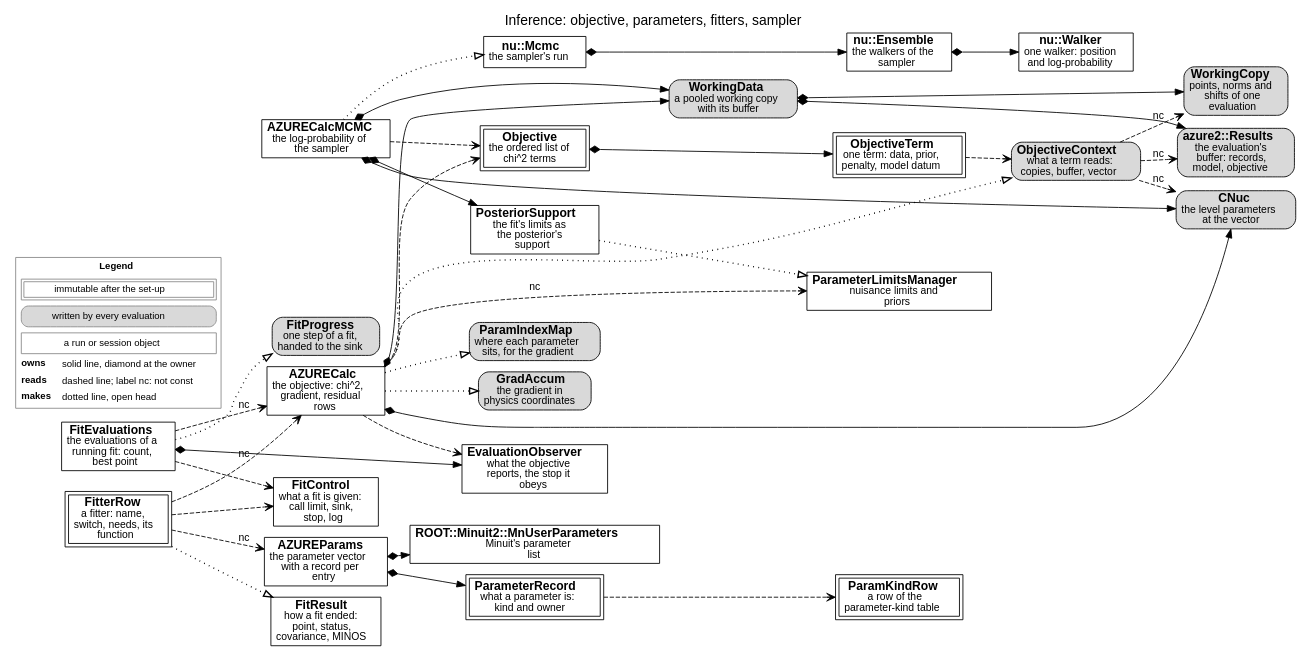
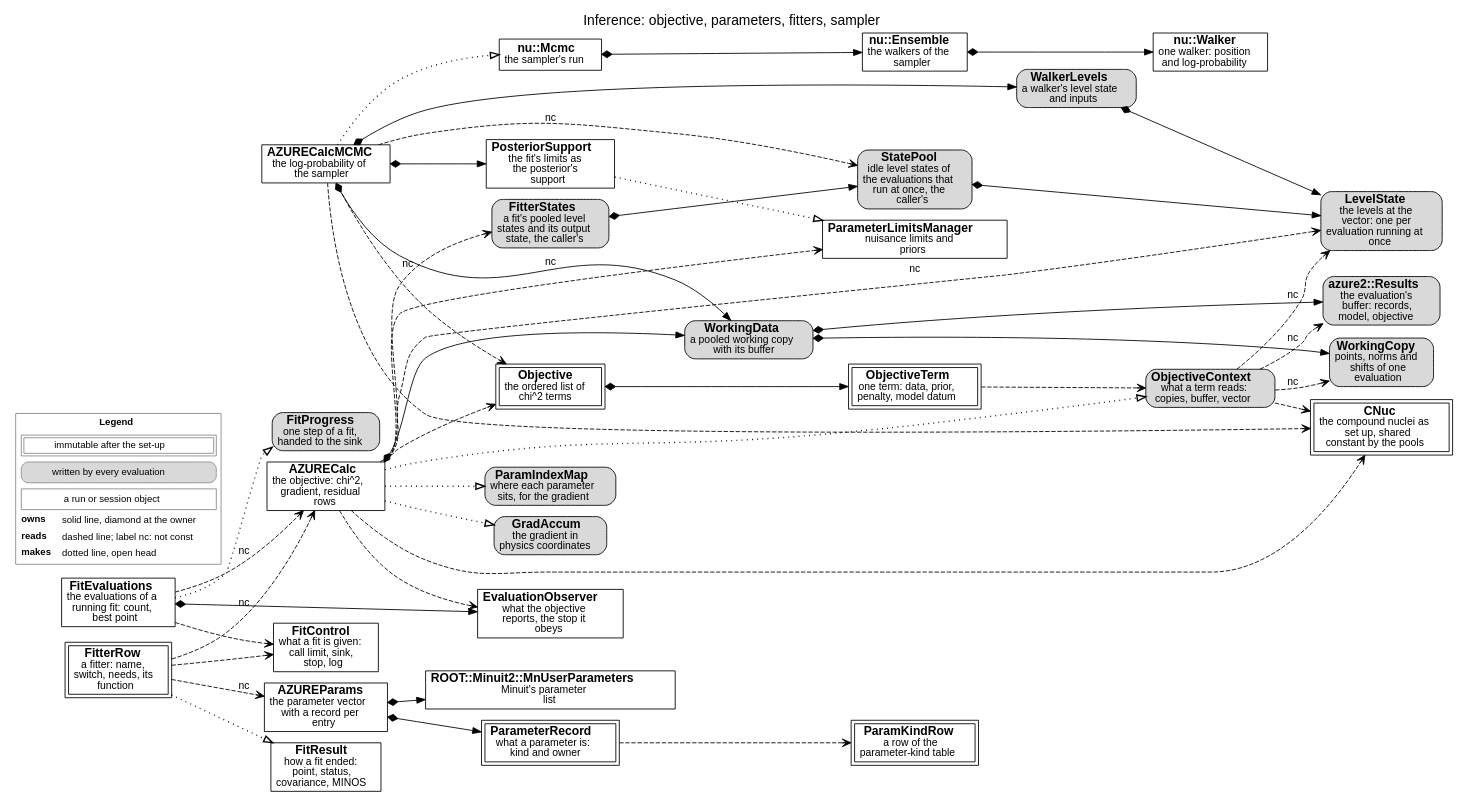
One commit to AZURE2DEV/AZURE2 changed the diagram in docs/source/developer/figures/inference.dot. Above: the diagram before and after it, drawn with Graphviz. The commit also changed 16 other files, not shown here.

First line of the commit message:
Documents: the owners hold their own levels (design note, Developer Guide, class scheme, roadmap, handoff)

```diff
--- a/docs/source/developer/figures/inference.dot
+++ b/docs/source/developer/figures/inference.dot
@@ -1,66 +1,78 @@
 digraph inference {
   graph [rankdir=LR, fontname="Helvetica", fontsize=16, labelloc=t, label="Inference: objective, parameters, fitters, sampler", nodesep=0.18, ranksep=0.3, newrank=true];
   node [fontname="Helvetica", fontsize=14, margin="0.08,0.04"];
   edge [fontname="Helvetica", fontsize=12];
   n_AZURECalc [label=<<b>AZURECalc</b><br/><font point-size="12">the objective: chi^2,<br/>gradient, residual<br/>rows</font>>, shape=box, style="filled", fillcolor="white"];
   n_WorkingData [label=<<b>WorkingData</b><br/><font point-size="12">a pooled working copy<br/>with its buffer</font>>, shape=box, style="rounded,filled", fillcolor="#d9d9d9"];
-  n_CNuc [label=<<b>CNuc</b><br/><font point-size="12">the level parameters<br/>at the vector</font>>, shape=box, style="rounded,filled", fillcolor="#d9d9d9"];
+  n_CNuc [label=<<b>CNuc</b><br/><font point-size="12">the compound nuclei as<br/>set up, shared<br/>constant by the pools</font>>, shape=box, peripheries=2, style="filled", fillcolor="white"];
+  n_LevelState [label=<<b>LevelState</b><br/><font point-size="12">the levels at the<br/>vector: one per<br/>evaluation running at<br/>once</font>>, shape=box, style="rounded,filled", fillcolor="#d9d9d9"];
+  n_StatePool [label=<<b>StatePool</b><br/><font point-size="12">idle level states of<br/>the evaluations that<br/>run at once, the<br/>caller&#x27;s</font>>, shape=box, style="rounded,filled", fillcolor="#d9d9d9"];
+  n_FitterStates [label=<<b>FitterStates</b><br/><font point-size="12">a fit&#x27;s pooled level<br/>states and its output<br/>state, the caller&#x27;s</font>>, shape=box, style="rounded,filled", fillcolor="#d9d9d9"];
+  n_WalkerLevels [label=<<b>WalkerLevels</b><br/><font point-size="12">a walker&#x27;s level state<br/>and inputs</font>>, shape=box, style="rounded,filled", fillcolor="#d9d9d9"];
   n_WorkingCopy [label=<<b>WorkingCopy</b><br/><font point-size="12">points, norms and<br/>shifts of one<br/>evaluation</font>>, shape=box, style="rounded,filled", fillcolor="#d9d9d9"];
   n_azure2__Results [label=<<b>azure2::Results</b><br/><font point-size="12">the evaluation&#x27;s<br/>buffer: records,<br/>model, objective</font>>, shape=box, style="rounded,filled", fillcolor="#d9d9d9"];
   n_ObjectiveContext [label=<<b>ObjectiveContext</b><br/><font point-size="12">what a term reads:<br/>copies, buffer, vector</font>>, shape=box, style="rounded,filled", fillcolor="#d9d9d9"];
   n_Objective [label=<<b>Objective</b><br/><font point-size="12">the ordered list of<br/>chi^2 terms</font>>, shape=box, peripheries=2, style="filled", fillcolor="white"];
   n_ObjectiveTerm [label=<<b>ObjectiveTerm</b><br/><font point-size="12">one term: data, prior,<br/>penalty, model datum</font>>, shape=box, peripheries=2, style="filled", fillcolor="white"];
   n_AZUREParams [label=<<b>AZUREParams</b><br/><font point-size="12">the parameter vector<br/>with a record per<br/>entry</font>>, shape=box, style="filled", fillcolor="white"];
   n_ROOT__Minuit2__MnUserParameters [label=<<b>ROOT::Minuit2::MnUserParameters</b><br/><font point-size="12">Minuit&#x27;s parameter<br/>list</font>>, shape=box, style="filled", fillcolor="white"];
   n_ParameterRecord [label=<<b>ParameterRecord</b><br/><font point-size="12">what a parameter is:<br/>kind and owner</font>>, shape=box, peripheries=2, style="filled", fillcolor="white"];
   n_ParamKindRow [label=<<b>ParamKindRow</b><br/><font point-size="12">a row of the<br/>parameter-kind table</font>>, shape=box, peripheries=2, style="filled", fillcolor="white"];
   n_ParamIndexMap [label=<<b>ParamIndexMap</b><br/><font point-size="12">where each parameter<br/>sits, for the gradient</font>>, shape=box, style="rounded,filled", fillcolor="#d9d9d9"];
   n_GradAccum [label=<<b>GradAccum</b><br/><font point-size="12">the gradient in<br/>physics coordinates</font>>, shape=box, style="rounded,filled", fillcolor="#d9d9d9"];
   n_ParameterLimitsManager [label=<<b>ParameterLimitsManager</b><br/><font point-size="12">nuisance limits and<br/>priors</font>>, shape=box, style="filled", fillcolor="white"];
   n_FitterRow [label=<<b>FitterRow</b><br/><font point-size="12">a fitter: name,<br/>switch, needs, its<br/>function</font>>, shape=box, peripheries=2, style="filled", fillcolor="white"];
   n_FitControl [label=<<b>FitControl</b><br/><font point-size="12">what a fit is given:<br/>call limit, sink,<br/>stop, log</font>>, shape=box, style="filled", fillcolor="white"];
   n_FitResult [label=<<b>FitResult</b><br/><font point-size="12">how a fit ended:<br/>point, status,<br/>covariance, MINOS</font>>, shape=box, style="filled", fillcolor="white"];
   n_FitProgress [label=<<b>FitProgress</b><br/><font point-size="12">one step of a fit,<br/>handed to the sink</font>>, shape=box, style="rounded,filled", fillcolor="#d9d9d9"];
   n_EvaluationObserver [label=<<b>EvaluationObserver</b><br/><font point-size="12">what the objective<br/>reports, the stop it<br/>obeys</font>>, shape=box, style="filled", fillcolor="white"];
   n_FitEvaluations [label=<<b>FitEvaluations</b><br/><font point-size="12">the evaluations of a<br/>running fit: count,<br/>best point</font>>, shape=box, style="filled", fillcolor="white"];
   n_AZURECalcMCMC [label=<<b>AZURECalcMCMC</b><br/><font point-size="12">the log-probability of<br/>the sampler</font>>, shape=box, style="filled", fillcolor="white"];
   n_PosteriorSupport [label=<<b>PosteriorSupport</b><br/><font point-size="12">the fit&#x27;s limits as<br/>the posterior&#x27;s<br/>support</font>>, shape=box, style="filled", fillcolor="white"];
   n_nu__Mcmc [label=<<b>nu::Mcmc</b><br/><font point-size="12">the sampler&#x27;s run</font>>, shape=box, style="filled", fillcolor="white"];
   n_nu__Ensemble [label=<<b>nu::Ensemble</b><br/><font point-size="12">the walkers of the<br/>sampler</font>>, shape=box, style="filled", fillcolor="white"];
   n_nu__Walker [label=<<b>nu::Walker</b><br/><font point-size="12">one walker: position<br/>and log-probability</font>>, shape=box, style="filled", fillcolor="white"];
   n_AZURECalc -> n_WorkingData [style=solid, dir=both, arrowtail=diamond, arrowhead=normal];
-  n_AZURECalc -> n_CNuc [style=solid, dir=both, arrowtail=diamond, arrowhead=normal];
+  n_AZURECalc -> n_CNuc [style=dashed, arrowhead=vee];
+  n_AZURECalc -> n_FitterStates [style=dashed, arrowhead=vee, label=" nc"];
+  n_AZURECalc -> n_LevelState [style=dashed, arrowhead=vee, label=" nc"];
+  n_FitterStates -> n_StatePool [style=solid, dir=both, arrowtail=diamond, arrowhead=normal];
+  n_StatePool -> n_LevelState [style=solid, dir=both, arrowtail=diamond, arrowhead=normal];
   n_WorkingData -> n_WorkingCopy [style=solid, dir=both, arrowtail=diamond, arrowhead=normal];
   n_WorkingData -> n_azure2__Results [style=solid, dir=both, arrowtail=diamond, arrowhead=normal];
   n_AZURECalc -> n_ObjectiveContext [style=dotted, penwidth=1.6, arrowhead=empty];
-  n_ObjectiveContext -> n_CNuc [style=dashed, arrowhead=vee, label=" nc"];
+  n_ObjectiveContext -> n_CNuc [style=dashed, arrowhead=vee];
+  n_ObjectiveContext -> n_LevelState [style=dashed, arrowhead=vee, label=" nc"];
   n_ObjectiveContext -> n_WorkingCopy [style=dashed, arrowhead=vee, label=" nc"];
   n_ObjectiveContext -> n_azure2__Results [style=dashed, arrowhead=vee, label=" nc"];
   n_Objective -> n_ObjectiveTerm [style=solid, dir=both, arrowtail=diamond, arrowhead=normal];
   n_ObjectiveTerm -> n_ObjectiveContext [style=dashed, arrowhead=vee];
   n_AZURECalc -> n_ParameterLimitsManager [style=dashed, arrowhead=vee, label=" nc"];
   n_AZUREParams -> n_ROOT__Minuit2__MnUserParameters [style=solid, dir=both, arrowtail=diamond, arrowhead=normal];
   n_AZUREParams -> n_ParameterRecord [style=solid, dir=both, arrowtail=diamond, arrowhead=normal];
   n_ParameterRecord -> n_ParamKindRow [style=dashed, arrowhead=vee];
   n_AZURECalc -> n_ParamIndexMap [style=dotted, penwidth=1.6, arrowhead=empty];
   n_AZURECalc -> n_GradAccum [style=dotted, penwidth=1.6, arrowhead=empty];
   n_AZURECalcMCMC -> n_WorkingData [style=solid, dir=both, arrowtail=diamond, arrowhead=normal];
-  n_AZURECalcMCMC -> n_CNuc [style=solid, dir=both, arrowtail=diamond, arrowhead=normal];
+  n_AZURECalcMCMC -> n_CNuc [style=dashed, arrowhead=vee];
+  n_AZURECalcMCMC -> n_WalkerLevels [style=solid, dir=both, arrowtail=diamond, arrowhead=normal];
+  n_AZURECalcMCMC -> n_StatePool [style=dashed, arrowhead=vee, label=" nc"];
+  n_WalkerLevels -> n_LevelState [style=solid, dir=both, arrowtail=diamond, arrowhead=normal];
   n_AZURECalcMCMC -> n_PosteriorSupport [style=solid, dir=both, arrowtail=diamond, arrowhead=normal];
   n_PosteriorSupport -> n_ParameterLimitsManager [style=dotted, penwidth=1.6, arrowhead=empty];
   n_nu__Mcmc -> n_nu__Ensemble [style=solid, dir=both, arrowtail=diamond, arrowhead=normal];
   n_nu__Ensemble -> n_nu__Walker [style=solid, dir=both, arrowtail=diamond, arrowhead=normal];
   n_AZURECalc -> n_Objective [style=dashed, arrowhead=vee];
   n_FitterRow -> n_AZUREParams [style=dashed, arrowhead=vee, label=" nc"];
   n_FitterRow -> n_AZURECalc [style=dashed, arrowhead=vee, label=" nc"];
   n_FitterRow -> n_FitControl [style=dashed, arrowhead=vee];
   n_FitterRow -> n_FitResult [style=dotted, penwidth=1.6, arrowhead=empty];
   n_FitEvaluations -> n_AZURECalc [style=dashed, arrowhead=vee, label=" nc"];
   n_FitEvaluations -> n_EvaluationObserver [style=solid, dir=both, arrowtail=diamond, arrowhead=normal];
   n_FitEvaluations -> n_FitControl [style=dashed, arrowhead=vee];
   n_FitEvaluations -> n_FitProgress [style=dotted, penwidth=1.6, arrowhead=empty];
   n_AZURECalc -> n_EvaluationObserver [style=dashed, arrowhead=vee];
   n_AZURECalcMCMC -> n_nu__Mcmc [style=dotted, penwidth=1.6, arrowhead=empty];
   n_AZURECalcMCMC -> n_Objective [style=dashed, arrowhead=vee];
   legend [shape=plaintext, fontsize=11, label=<<TABLE BORDER="1" CELLBORDER="0" CELLSPACING="3" COLOR="#888888"><TR><TD COLSPAN="2"><B>Legend</B></TD></TR><TR><TD COLSPAN="2"><TABLE BORDER="1" CELLBORDER="1" CELLSPACING="2" CELLPADDING="2"><TR><TD>immutable after the set-up</TD></TR></TABLE></TD></TR><TR><TD COLSPAN="2"><TABLE BORDER="1" CELLBORDER="0" CELLPADDING="3" STYLE="rounded" BGCOLOR="#d9d9d9"><TR><TD>written by every evaluation</TD></TR></TABLE></TD></TR><TR><TD COLSPAN="2"><TABLE BORDER="1" CELLBORDER="0" CELLPADDING="3" ><TR><TD>a run or session object</TD></TR></TABLE></TD></TR><TR><TD ALIGN="LEFT"><B>owns</B></TD><TD ALIGN="LEFT">solid line, diamond at the owner</TD></TR><TR><TD ALIGN="LEFT"><B>reads</B></TD><TD ALIGN="LEFT">dashed line; label nc: not const</TD></TR><TR><TD ALIGN="LEFT"><B>makes</B></TD><TD ALIGN="LEFT">dotted line, open head</TD></TR></TABLE>>];
 }
```
